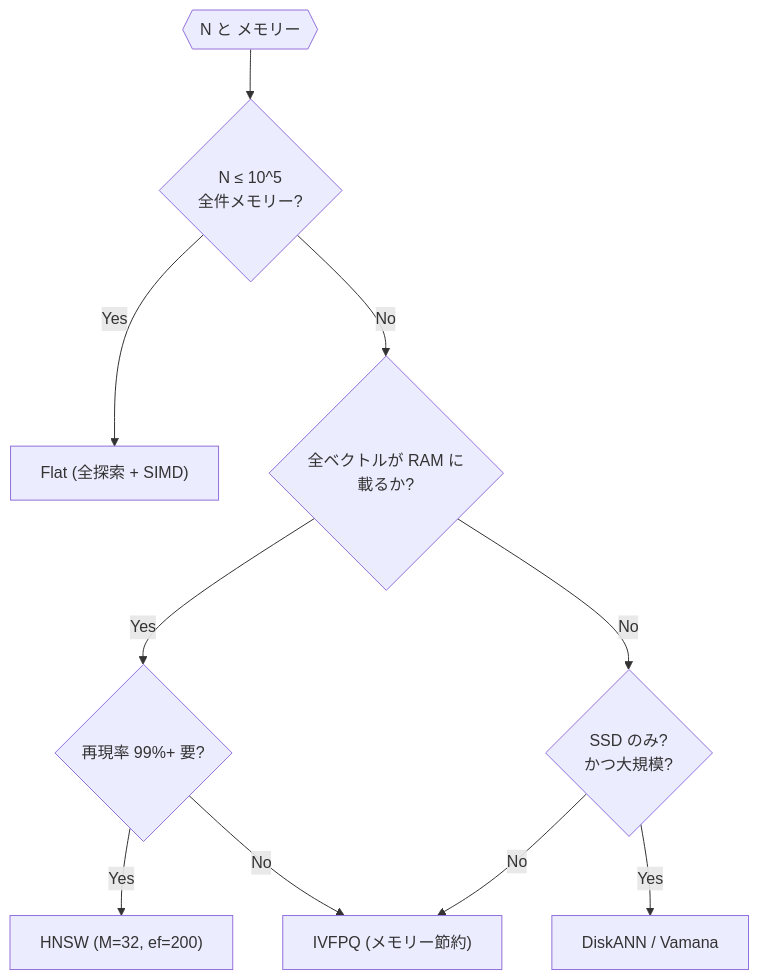
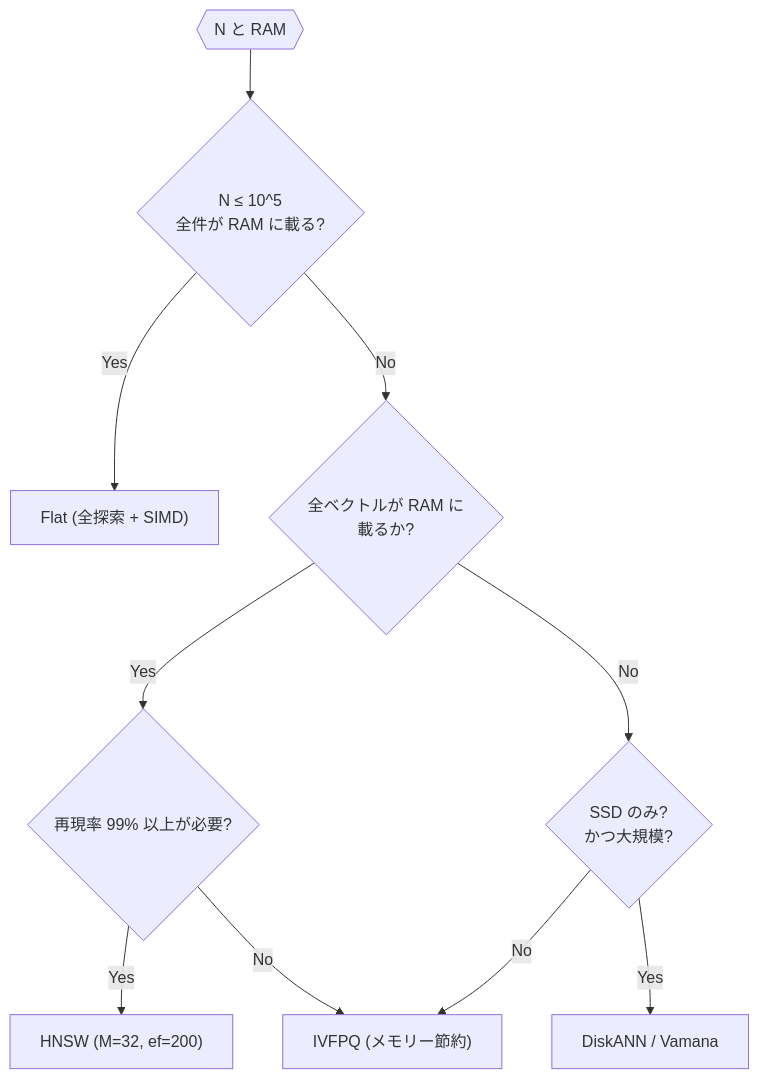
The fourth of 5 diagrams in content/blog/ja/vector-database-internals.mdx (yoichiozaki/yoichiozaki.github.io), drawn with Mermaid before and after one commit. The commit also changed other lines of this file and 220 other files, not shown here.

````diff
--- a/content/blog/ja/vector-database-internals.mdx
+++ b/content/blog/ja/vector-database-internals.mdx
@@ -421,12 +423,12 @@
 ```mermaid
 graph TD
-    Start{{"N と メモリー"}} --> Q1{"N ≤ 10^5<br/>全件メモリー?"}
+    Start{{"N と RAM"}} --> Q1{"N ≤ 10^5<br/>全件が RAM に載る?"}
     Q1 -->|Yes| Flat["Flat (全探索 + SIMD)"]
     Q1 -->|No| Q2{"全ベクトルが RAM に<br/>載るか?"}
-    Q2 -->|Yes| Q3{"再現率 99%+ 要?"}
+    Q2 -->|Yes| Q3{"再現率 99% 以上が必要?"}
     Q3 -->|Yes| HNSW["HNSW (M=32, ef=200)"]
     Q3 -->|No| IVFPQ["IVFPQ (メモリー節約)"]
     Q2 -->|No| Q4{"SSD のみ?<br/>かつ大規模?"}
     Q4 -->|Yes| DiskANN["DiskANN / Vamana"]
     Q4 -->|No| IVFPQ
 ```
````
